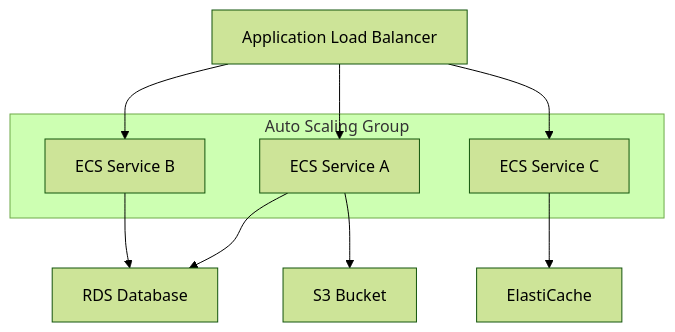
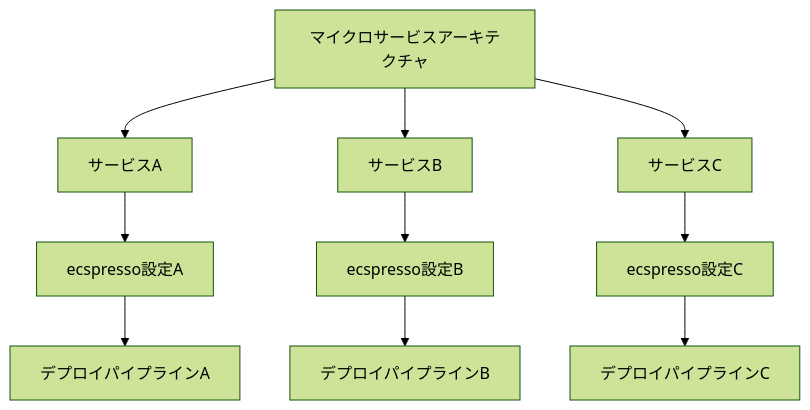
Before and after one commit to bufferings/devin-docs: the first of 2 diagrams in ecspresso/practical/large-scale.md, drawn with Mermaid (forest theme). The commit also changed other lines of this file and 29 other files, not shown here.

````diff
--- a/ecspresso/practical/large-scale.md
+++ b/ecspresso/practical/large-scale.md
@@ -169,15 +17,12 @@
 ```mermaid
 graph TD
-    A[Application Load Balancer] --> B[ECS Service A]
-    A --> C[ECS Service B]
-    A --> D[ECS Service C]
-    B --> E[RDS Database]
-    C --> E
-    D --> F[ElastiCache]
-    B --> G[S3 Bucket]
-    subgraph "Auto Scaling Group"
-    B
-    C
-    D
-    end
+    A[マイクロサービスアーキテクチャ] --> B[サービスA]
+    A --> C[サービスB]
+    A --> D[サービスC]
+    B --> E[ecspresso設定A]
+    C --> F[ecspresso設定B]
+    D --> G[ecspresso設定C]
+    E --> H[デプロイパイプラインA]
+    F --> I[デプロイパイプラインB]
+    G --> J[デプロイパイプラインC]
 ```
````
